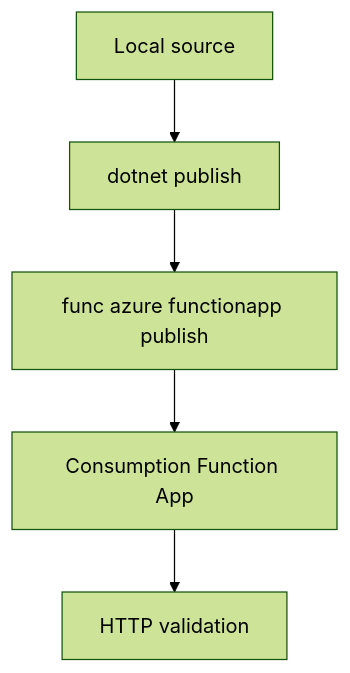
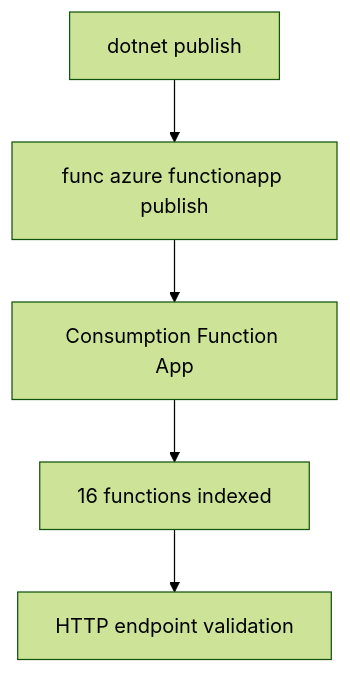
The diagram in docs/language-guides/dotnet/tutorial/consumption/02-first-deploy.md (yeongseon/azure-functions-practical-guide), drawn with Mermaid (forest theme) before and after one commit. The commit also changed other lines of this file and 7 other files, not shown here.

````diff
--- a/docs/language-guides/dotnet/tutorial/consumption/02-first-deploy.md
+++ b/docs/language-guides/dotnet/tutorial/consumption/02-first-deploy.md
@@ -63,7 +34,7 @@
 ```mermaid
 flowchart TD
-    A[Local source] --> B[dotnet publish]
-    B --> C[func azure functionapp publish]
-    C --> D[Consumption Function App]
-    D --> E[HTTP validation]
+    A[dotnet publish] --> B[func azure functionapp publish]
+    B --> C[Consumption Function App]
+    C --> D[16 functions indexed]
+    D --> E[HTTP endpoint validation]
 ```
````
